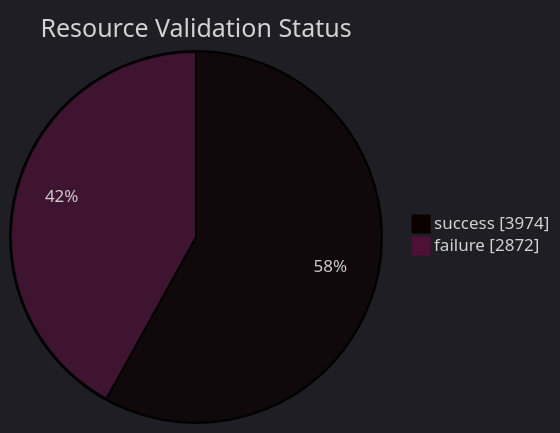
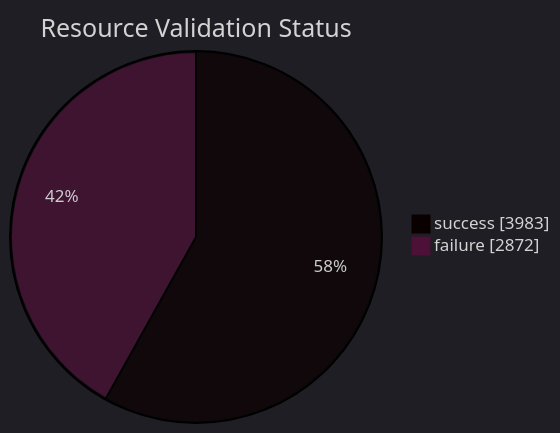
The diagram in datastore_tracker/resource_validation_status_pie_chart.md (open-data/analytics-corporate-reporting), drawn with Mermaid before and after one commit. The commit also changed 12 other files, not shown here.

````diff
--- a/datastore_tracker/resource_validation_status_pie_chart.md
+++ b/datastore_tracker/resource_validation_status_pie_chart.md
@@ -2,9 +2,9 @@
 ```mermaid
 ---
 config:
   theme: dark
 ---
 pie showData title Resource Validation Status
-    "success": 3974
+    "success": 3983
     "failure": 2872
 ```
````
